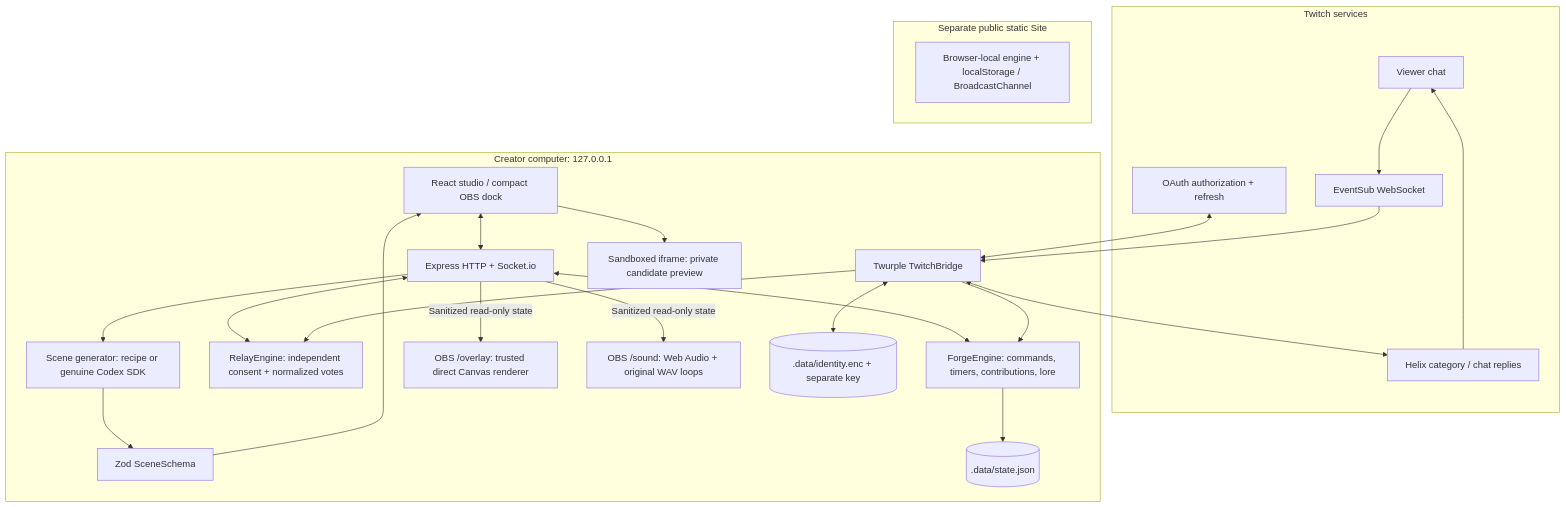
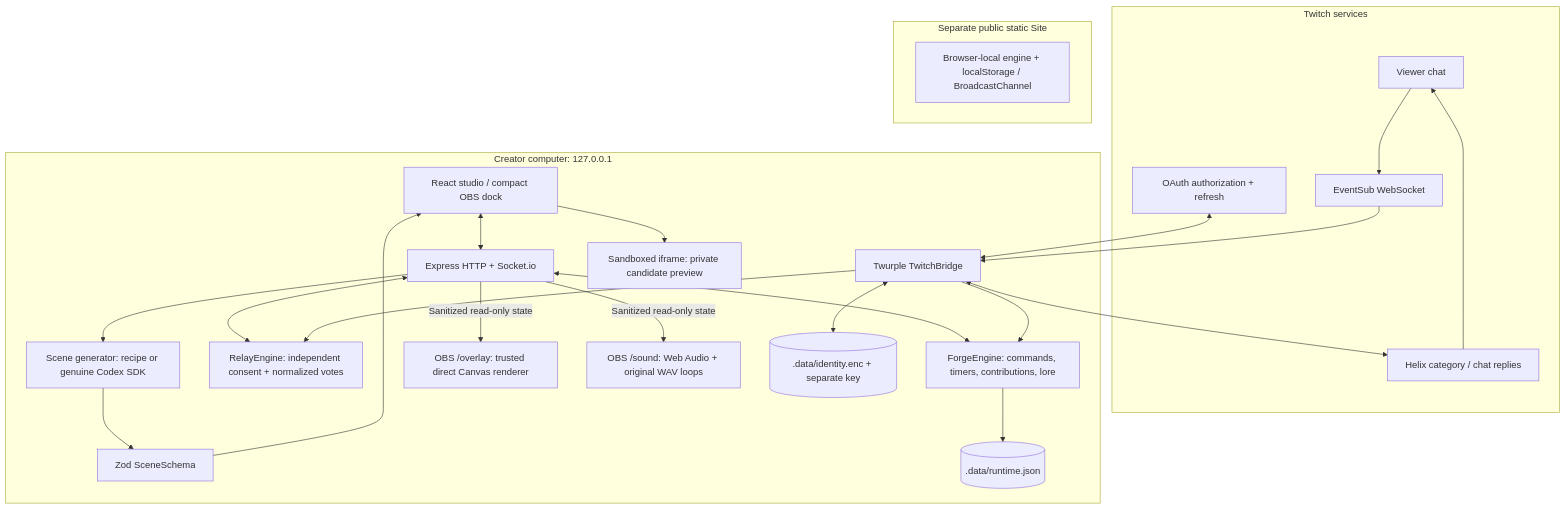
Before and after one commit to TusharTechs/popforge: the first of 3 diagrams in docs/ARCHITECTURE.md, drawn with Mermaid. The commit also changed other lines of this file and 34 other files, not shown here.

````diff
--- a/docs/ARCHITECTURE.md
+++ b/docs/ARCHITECTURE.md
@@ -9,44 +9,44 @@
 ```mermaid
 flowchart TB
     subgraph TwitchCloud["Twitch services"]
       Chat["Viewer chat"]
       OAuth["OAuth authorization + refresh"]
       Events["EventSub WebSocket"]
       Helix["Helix category / chat replies"]
       Chat --> Events
     end
     subgraph Local["Creator computer: 127.0.0.1"]
       Studio["React studio / compact OBS dock"]
       Server["Express HTTP + Socket.io"]
       Bridge["Twurple TwitchBridge"]
       Engine["ForgeEngine: commands, timers, contributions, lore"]
       Relay["RelayEngine: independent consent + normalized votes"]
       Generator["Scene generator: recipe or genuine Codex SDK"]
       Validation["Zod SceneSchema"]
       Preview["Sandboxed iframe: private candidate preview"]
       Overlay["OBS /overlay: trusted direct Canvas renderer"]
       Sound["OBS /sound: Web Audio + original WAV loops"]
-      Snapshot[(".data/state.json")]
+      Snapshot[(".data/runtime.json")]
       Identity[(".data/identity.enc + separate key")]
       Studio <--> Server
       Server <--> Engine
       Server <--> Relay
       Bridge --> Engine
       Bridge --> Relay
       Server --> Generator
       Generator --> Validation
       Validation --> Studio
       Studio --> Preview
       Engine --> Snapshot
       Bridge <--> Identity
       Server -->|"Sanitized read-only state"| Overlay
       Server -->|"Sanitized read-only state"| Sound
     end
     OAuth <--> Bridge
     Events --> Bridge
     Bridge <--> Helix
     Helix --> Chat
     subgraph PreviewHosting["Separate public static Site"]
       Demo["Browser-local engine + localStorage / BroadcastChannel"]
     end
 ```
````
